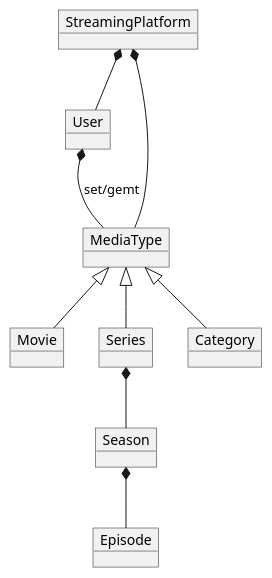
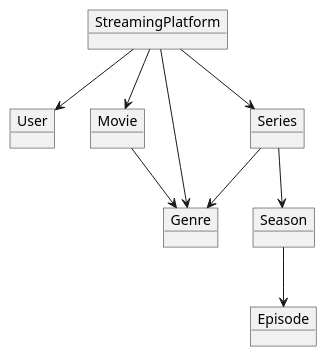
Before and after one commit to offwong/SP3: the diagram in doc/static/domainmodel.puml, drawn with PlantUML. The commit also changed 14 other files, not shown here.

```diff
--- a/doc/static/domainmodel.puml
+++ b/doc/static/domainmodel.puml
@@ -1,29 +1,19 @@
 @startuml
-' Conceptual Domain Model
 
+object User
 object StreamingPlatform
-object User
-object MediaType
 object Movie
 object Series
 object Season
 object Episode
-object Category
+object Genre
 
-
-
-
-
-MediaType <|-- Movie
-MediaType <|-- Series
-MediaType <|-- Category
-
-StreamingPlatform *--  User
-StreamingPlatform *--  MediaType
-
-User *--  MediaType : set/gemt
-
-Series *--  Season
-Season  *--  Episode
-
+StreamingPlatform --> User
+StreamingPlatform --> Movie
+StreamingPlatform --> Series
+StreamingPlatform --> Genre
+Movie --> Genre
+Series --> Season
+Series --> Genre
+Season --> Episode
 @enduml
```
